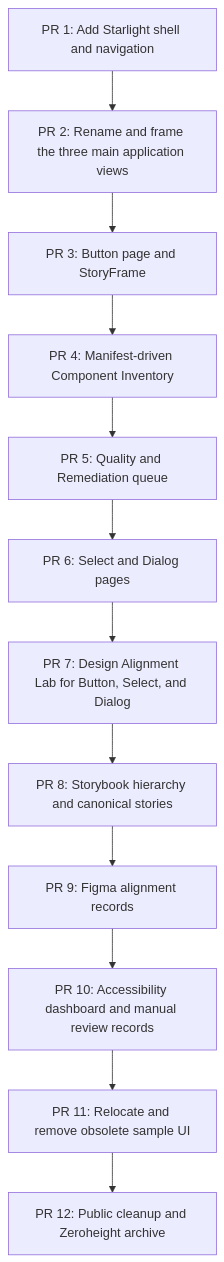
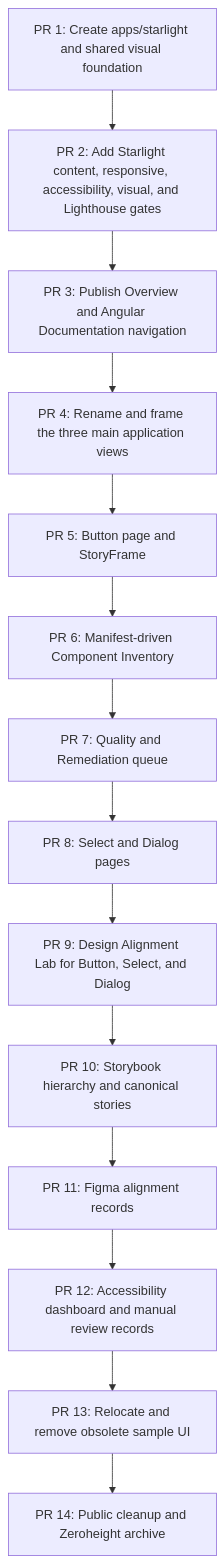
Before and after one commit to JeffreySanford/public-sector-federation: the diagram in docs/documentation-upgrade/11-prioritized-backlog.md, drawn with Mermaid. The commit also changed other lines of this file, not shown here.

Commit message:
docs: add Starlight quality gate backlog

````diff
--- a/docs/documentation-upgrade/11-prioritized-backlog.md
+++ b/docs/documentation-upgrade/11-prioritized-backlog.md
@@ -294,14 +334,16 @@
 ```mermaid
 flowchart TD
-  PR1[PR 1: Add Starlight shell and navigation] --> PR2[PR 2: Rename and frame the three main application views]
-  PR2 --> PR3[PR 3: Button page and StoryFrame]
-  PR3 --> PR4[PR 4: Manifest-driven Component Inventory]
-  PR4 --> PR5[PR 5: Quality and Remediation queue]
-  PR5 --> PR6[PR 6: Select and Dialog pages]
-  PR6 --> PR7[PR 7: Design Alignment Lab for Button, Select, and Dialog]
-  PR7 --> PR8[PR 8: Storybook hierarchy and canonical stories]
-  PR8 --> PR9[PR 9: Figma alignment records]
-  PR9 --> PR10[PR 10: Accessibility dashboard and manual review records]
-  PR10 --> PR11[PR 11: Relocate and remove obsolete sample UI]
-  PR11 --> PR12[PR 12: Public cleanup and Zeroheight archive]
+  PR1[PR 1: Create apps/starlight and shared visual foundation] --> PR2[PR 2: Add Starlight content, responsive, accessibility, visual, and Lighthouse gates]
+  PR2 --> PR3[PR 3: Publish Overview and Angular Documentation navigation]
+  PR3 --> PR4[PR 4: Rename and frame the three main application views]
+  PR4 --> PR5[PR 5: Button page and StoryFrame]
+  PR5 --> PR6[PR 6: Manifest-driven Component Inventory]
+  PR6 --> PR7[PR 7: Quality and Remediation queue]
+  PR7 --> PR8[PR 8: Select and Dialog pages]
+  PR8 --> PR9[PR 9: Design Alignment Lab for Button, Select, and Dialog]
+  PR9 --> PR10[PR 10: Storybook hierarchy and canonical stories]
+  PR10 --> PR11[PR 11: Figma alignment records]
+  PR11 --> PR12[PR 12: Accessibility dashboard and manual review records]
+  PR12 --> PR13[PR 13: Relocate and remove obsolete sample UI]
+  PR13 --> PR14[PR 14: Public cleanup and Zeroheight archive]
 ```
````
